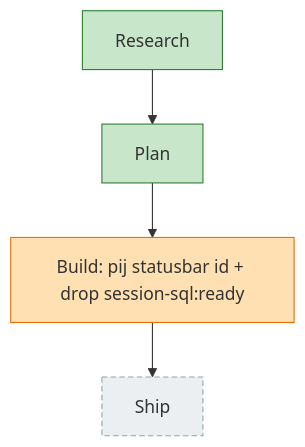
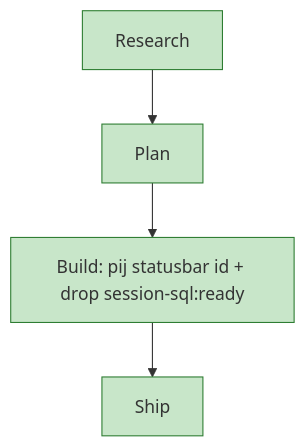
The diagram in docs/plans/018-pij-statusbar-id/the-flow.md (vaughanknight/pij), drawn with Mermaid before and after one commit. The commit also changed other lines of this file and 1 other file, not shown here.

Commit message:
docs(flow): 018 flight plan complete
Advance 018 statusbar flight plan Build->Ship->complete after feat 4eef266 shipped.

````diff
--- a/docs/plans/018-pij-statusbar-id/the-flow.md
+++ b/docs/plans/018-pij-statusbar-id/the-flow.md
@@ -8,24 +8,24 @@
 ```mermaid
 flowchart TD
-    ship["Ship"]:::assumed
+    ship["Ship"]:::done
     plan["Plan"]:::done
     research["Research"]:::done
-    phase_1["Build: pij statusbar id + drop session-sql:ready"]:::wip
+    phase_1["Build: pij statusbar id + drop session-sql:ready"]:::done
 
     plan --> phase_1
     research --> plan
     phase_1 --> ship
 
     classDef done fill:#C8E6C9,stroke:#2E7D32;
     classDef wip fill:#FFE0B2,stroke:#EF6C00;
     classDef blocked fill:#FFCDD2,stroke:#C62828;
     classDef known fill:#BBDEFB,stroke:#1565C0;
     classDef assumed fill:#ECEFF1,stroke:#90A4AE,stroke-dasharray:5 3;
     classDef said fill:#FFF9C4,stroke:#F9A825;
     classDef harness fill:#EDE7F6,stroke:#673AB7;
     classDef decision fill:#FFF3E0,stroke:#FB8C00,stroke-dasharray:2 2;
     classDef companion fill:#D1C4E9,stroke:#5E35B1;
     classDef worker fill:#B2DFDB,stroke:#00897B;
     classDef chore fill:#E0F2F1,stroke:#00897B,stroke-dasharray:3 2;
     classDef unknown fill:#FAFAFA,stroke:#BDBDBD,stroke-dasharray:1 4;
 ```
````
